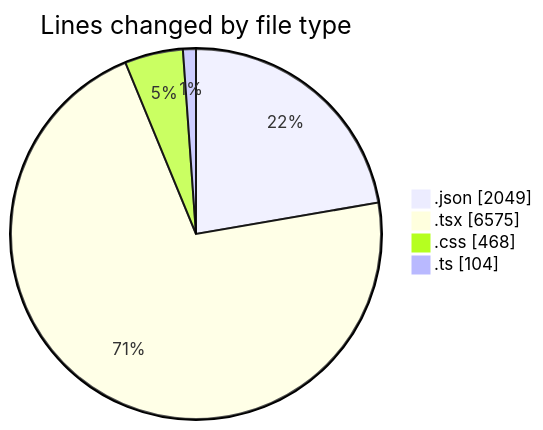
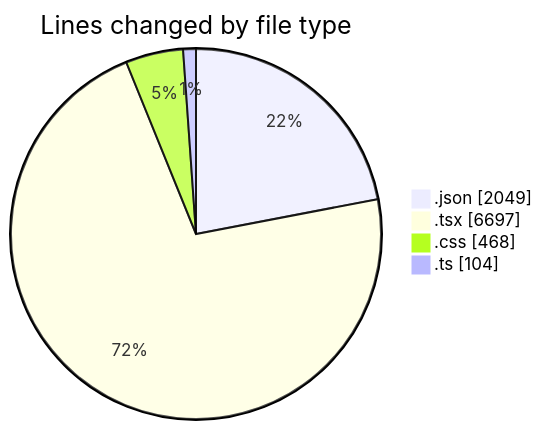
Before and after one commit to EIIisD/code-tracking: the first of 2 diagrams in 2025-08-14/ribbon/README.md, drawn with Mermaid. The commit also changed other lines of this file and 1 other file, not shown here.

````diff
--- a/2025-08-14/ribbon/README.md
+++ b/2025-08-14/ribbon/README.md
@@ -29,8 +29,8 @@
 ```mermaid
 pie showData
 title Lines changed by file type
 ".json" : 2049
-".tsx" : 6575
+".tsx" : 6697
 ".css" : 468
 ".ts" : 104
 ```
````
